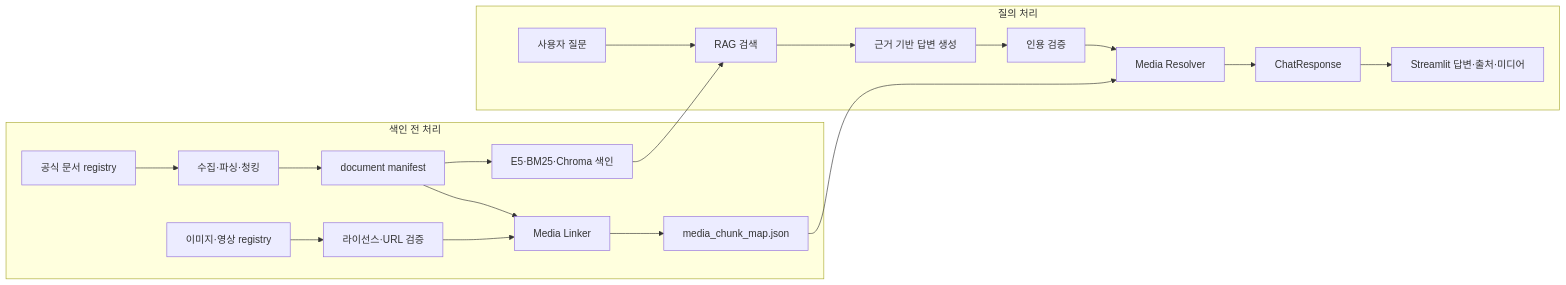
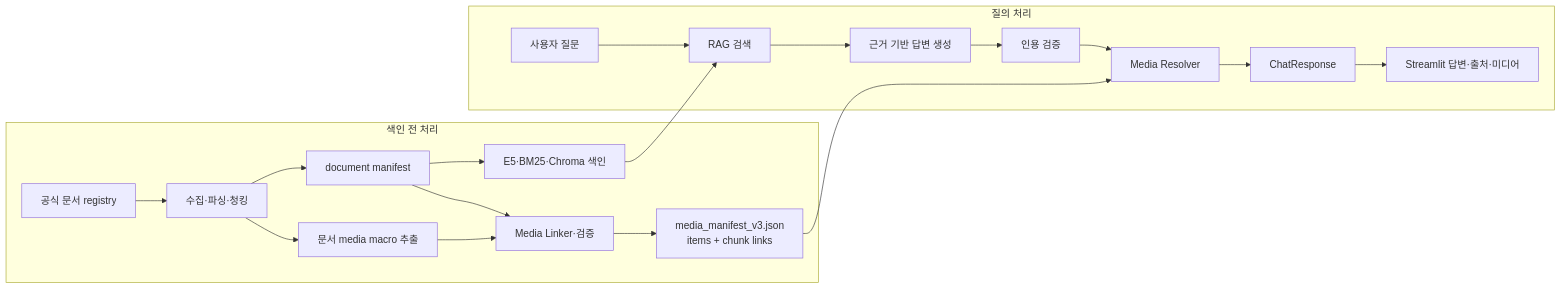
The diagram in docs/media-rag-integration-pipeline.md (SKNETWORKS-FAMILY-AICAMP/SKN33-3rd-5Team), drawn with Mermaid before and after one commit. The commit also changed other lines of this file and 13 other files, not shown here.

````diff
--- a/docs/media-rag-integration-pipeline.md
+++ b/docs/media-rag-integration-pipeline.md
@@ -25,23 +26,23 @@
 ```mermaid
 flowchart LR
     subgraph Ingestion[색인 전 처리]
         D1[공식 문서 registry] --> D2[수집·파싱·청킹]
         D2 --> D3[document manifest]
-        M1[이미지·영상 registry] --> M2[라이선스·URL 검증]
-        D3 --> L[Media Linker]
-        M2 --> L
-        L --> MAP[media_chunk_map.json]
+        D2 --> M1[문서 media macro 추출]
+        D3 --> L[Media Linker·검증]
+        M1 --> L
+        L --> MAP[media_manifest_v3.json<br/>items + chunk links]
         D3 --> IDX[E5·BM25·Chroma 색인]
     end
 
     subgraph Runtime[질의 처리]
         Q[사용자 질문] --> R[RAG 검색]
         IDX --> R
         R --> G[근거 기반 답변 생성]
         G --> C[인용 검증]
         C --> MR[Media Resolver]
         MAP --> MR
         MR --> RESP[ChatResponse]
         RESP --> UI[Streamlit 답변·출처·미디어]
     end
 ```
````
